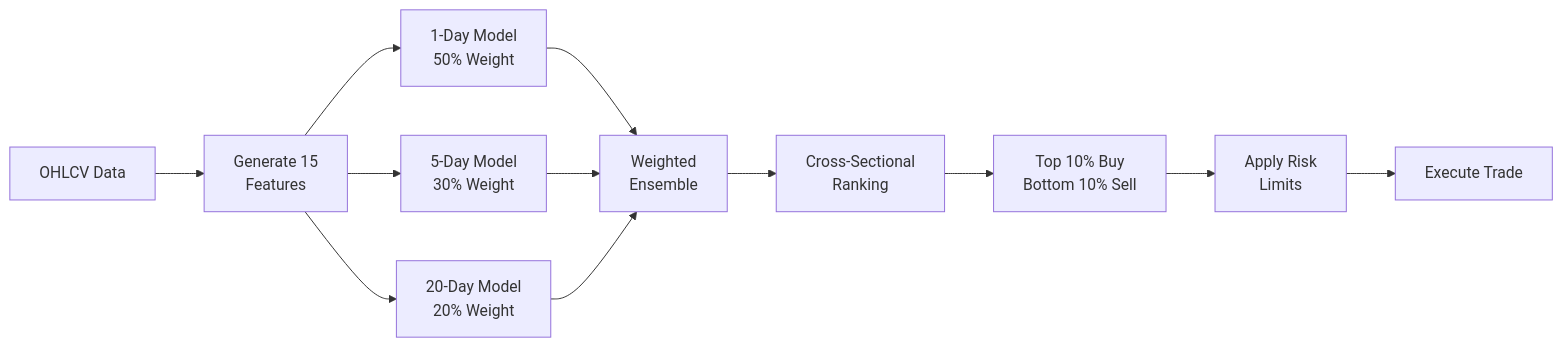
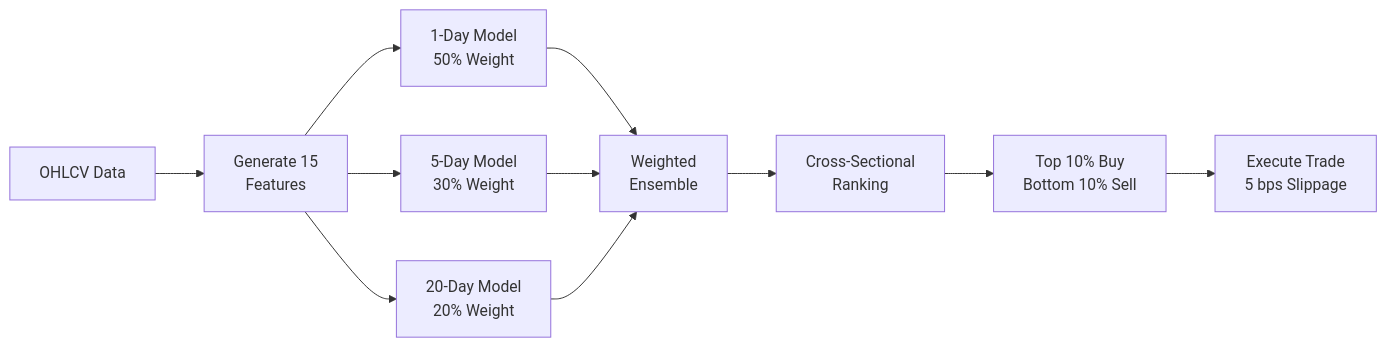
The second of 2 diagrams in README.md (PAT0216/paper-trader), drawn with Mermaid before and after one commit. The commit also changed other lines of this file, not shown here.

First line of the commit message:
docs: Update README with modular architecture, transaction costs, current metrics

````diff
--- a/README.md
+++ b/README.md
@@ -98,14 +130,13 @@
 ```mermaid
 flowchart LR
     A[OHLCV Data] --> B[Generate 15<br/>Features]
     B --> C1[1-Day Model<br/>50% Weight]
     B --> C2[5-Day Model<br/>30% Weight]
     B --> C3[20-Day Model<br/>20% Weight]
     C1 --> D[Weighted<br/>Ensemble]
     C2 --> D
     C3 --> D
     D --> E[Cross-Sectional<br/>Ranking]
     E --> F[Top 10% Buy<br/>Bottom 10% Sell]
-    F --> G[Apply Risk<br/>Limits]
-    G --> H[Execute Trade]
+    F --> G[Execute Trade<br/>5 bps Slippage]
 ```
````
